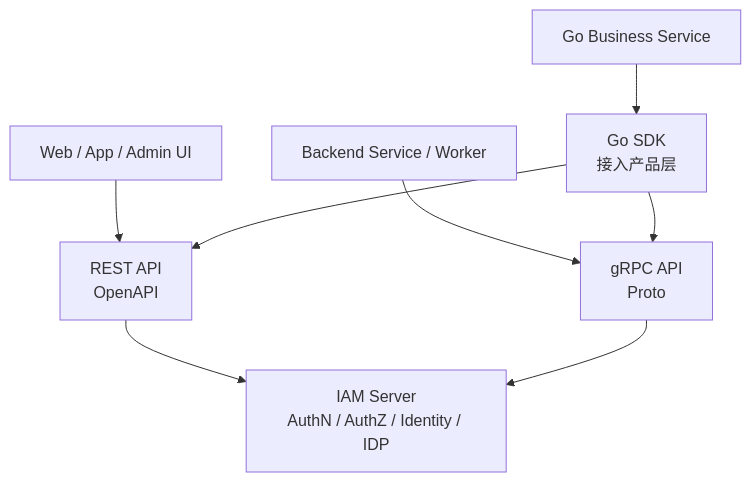
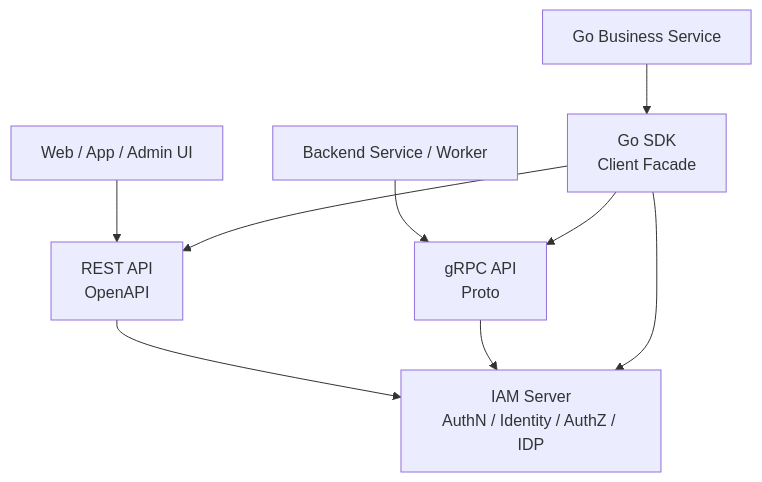
The second of 3 diagrams in docs/05-接入与契约/README.md (FangcunMount/iam), drawn with Mermaid before and after one commit. The commit also changed other lines of this file and 10 other files, not shown here.

````diff
--- a/docs/05-接入与契约/README.md
+++ b/docs/05-接入与契约/README.md
@@ -207,18 +322,19 @@
 ```mermaid
 flowchart TD
     Web["Web / App / Admin UI"]
-    Service["Backend Service / Worker"]
+    Backend["Backend Service / Worker"]
     GoService["Go Business Service"]
 
     REST["REST API<br/>OpenAPI"]
     GRPC["gRPC API<br/>Proto"]
-    SDK["Go SDK<br/>接入产品层"]
+    SDK["Go SDK<br/>Client Facade"]
 
-    IAM["IAM Server<br/>AuthN / AuthZ / Identity / IDP"]
+    IAM["IAM Server<br/>AuthN / Identity / AuthZ / IDP"]
 
     Web --> REST --> IAM
-    Service --> GRPC --> IAM
+    Backend --> GRPC --> IAM
     GoService --> SDK
     SDK --> REST
     SDK --> GRPC
+    SDK --> IAM
 ```
````
